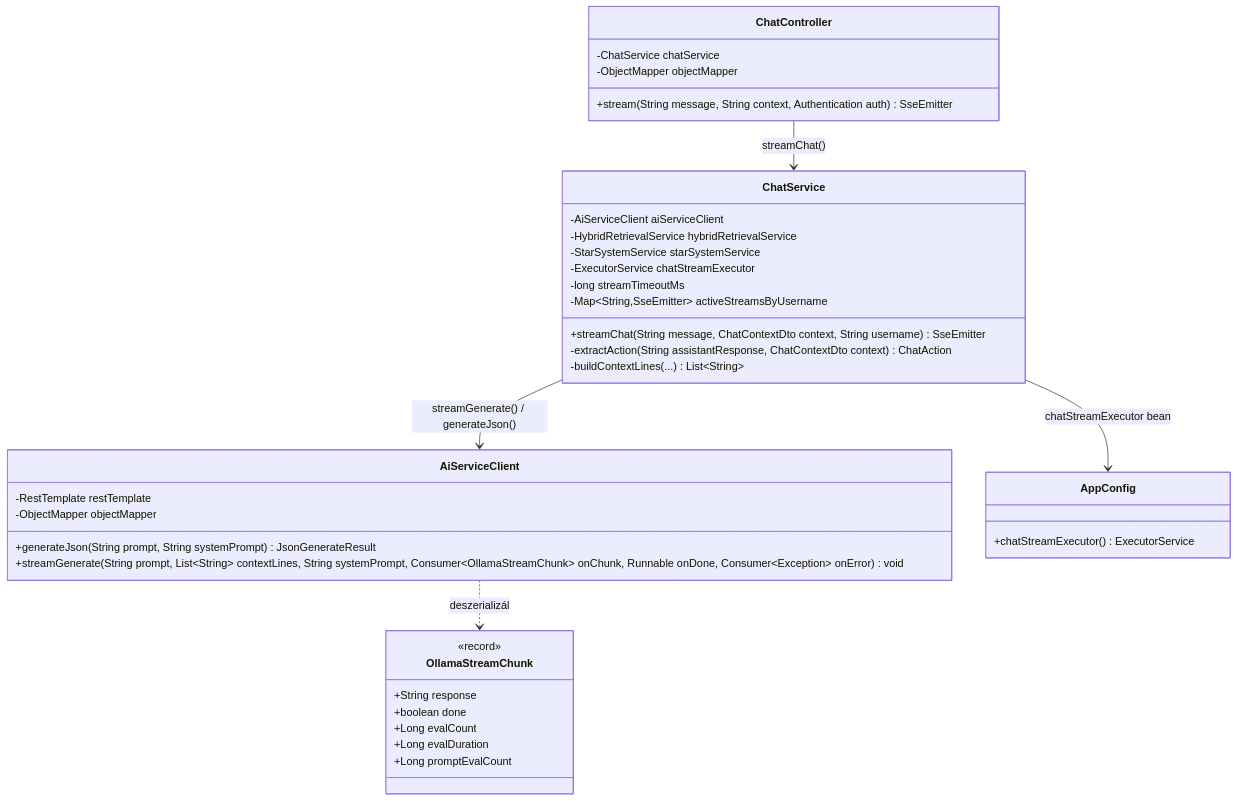
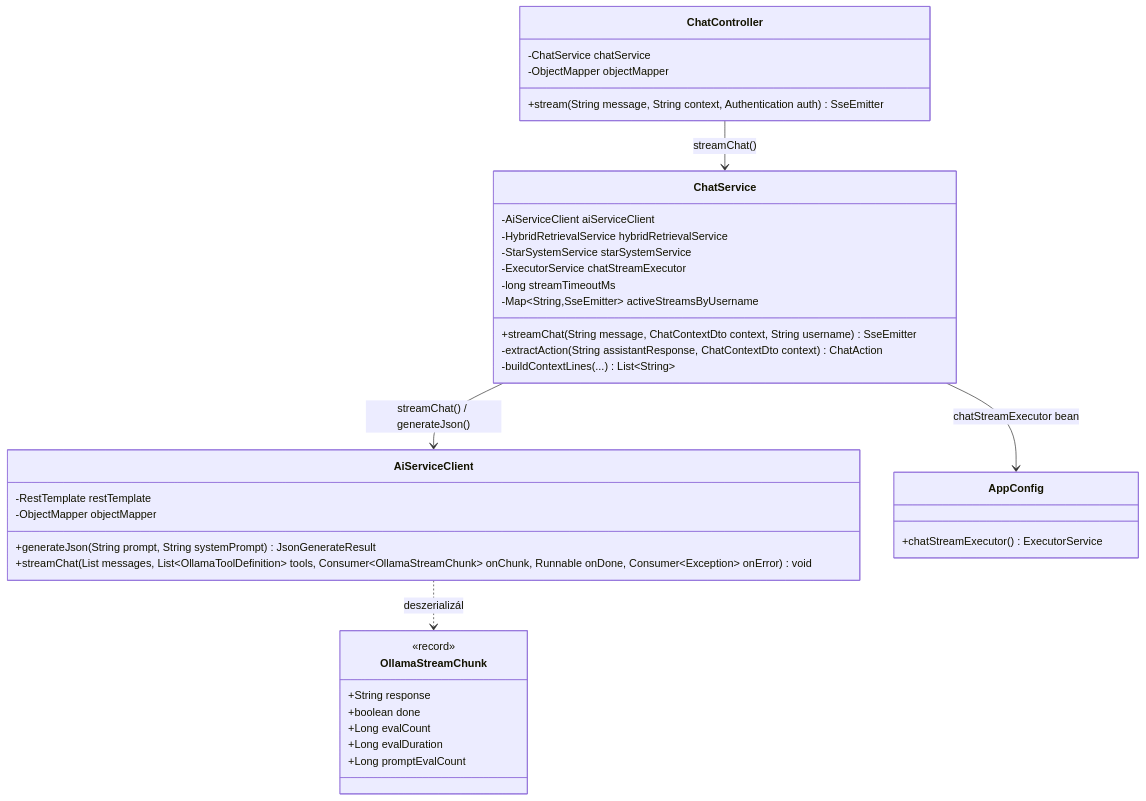
One commit to badzso-boop/legymernok changed the first of 2 diagrams in plans/pr3_streaming_architecture_2026.md. Above: the diagram before and after it, drawn with Mermaid. The commit also changed other lines of this file and 4 other files, not shown here.

````diff
--- a/plans/pr3_streaming_architecture_2026.md
+++ b/plans/pr3_streaming_architecture_2026.md
@@ -545,45 +610,45 @@
 ```mermaid
 classDiagram
     class ChatController {
         -ChatService chatService
         -ObjectMapper objectMapper
         +stream(String message, String context, Authentication auth) SseEmitter
     }
 
     class ChatService {
         -AiServiceClient aiServiceClient
         -HybridRetrievalService hybridRetrievalService
         -StarSystemService starSystemService
         -ExecutorService chatStreamExecutor
         -long streamTimeoutMs
         -Map~String,SseEmitter~ activeStreamsByUsername
         +streamChat(String message, ChatContextDto context, String username) SseEmitter
         -extractAction(String assistantResponse, ChatContextDto context) ChatAction
         -buildContextLines(...) List~String~
     }
 
     class AiServiceClient {
         -RestTemplate restTemplate
         -ObjectMapper objectMapper
         +generateJson(String prompt, String systemPrompt) JsonGenerateResult
-        +streamGenerate(String prompt, List~String~ contextLines, String systemPrompt, Consumer~OllamaStreamChunk~ onChunk, Runnable onDone, Consumer~Exception~ onError) void
+        +streamChat(List messages, List~OllamaToolDefinition~ tools, Consumer~OllamaStreamChunk~ onChunk, Runnable onDone, Consumer~Exception~ onError) void
     }
 
     class OllamaStreamChunk {
         <<record>>
         +String response
         +boolean done
         +Long evalCount
         +Long evalDuration
         +Long promptEvalCount
     }
 
     class AppConfig {
         +chatStreamExecutor() ExecutorService
     }
 
     ChatController --> ChatService : streamChat()
-    ChatService --> AiServiceClient : streamGenerate() / generateJson()
+    ChatService --> AiServiceClient : streamChat() / generateJson()
     AiServiceClient ..> OllamaStreamChunk : deszerializál
     ChatService --> AppConfig : chatStreamExecutor bean
 ```
````
